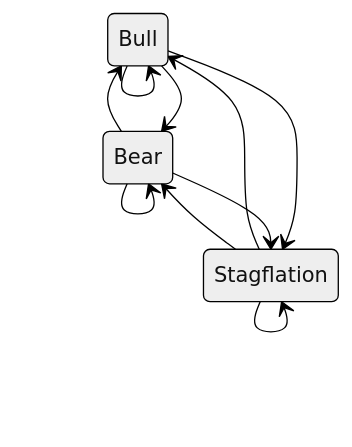
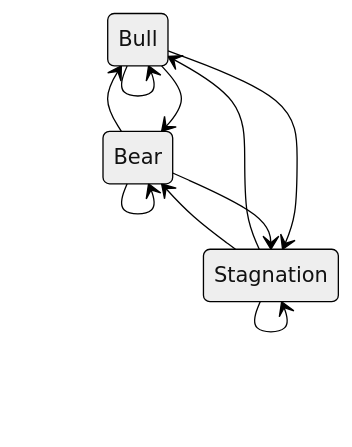
One commit to tks18/personal-finance-etl changed the third of 13 diagrams in docs/finance/fire-methodology.md. Above: the diagram before and after it, drawn with Mermaid (neutral theme). The commit also changed other lines of this file, not shown here.

````diff
--- a/docs/finance/fire-methodology.md
+++ b/docs/finance/fire-methodology.md
@@ -178,14 +144,12 @@
 ```mermaid
 stateDiagram-v2
     Bull --> Bull
     Bull --> Bear
-    Bull --> Stagflation
-
+    Bull --> Stagnation
     Bear --> Bear
     Bear --> Bull
-    Bear --> Stagflation
-
-    Stagflation --> Stagflation
-    Stagflation --> Bull
-    Stagflation --> Bear
+    Bear --> Stagnation
+    Stagnation --> Bull
+    Stagnation --> Bear
+    Stagnation --> Stagnation
 ```
````
